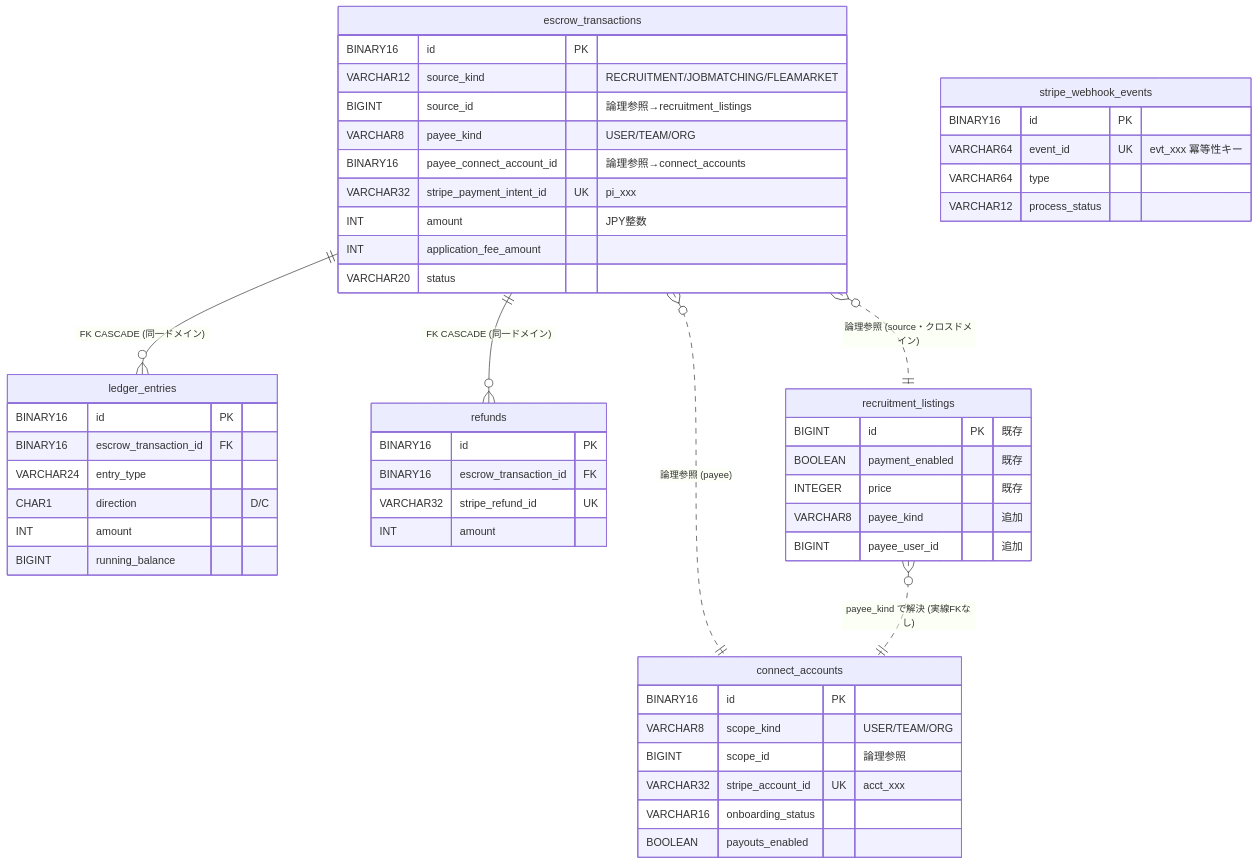
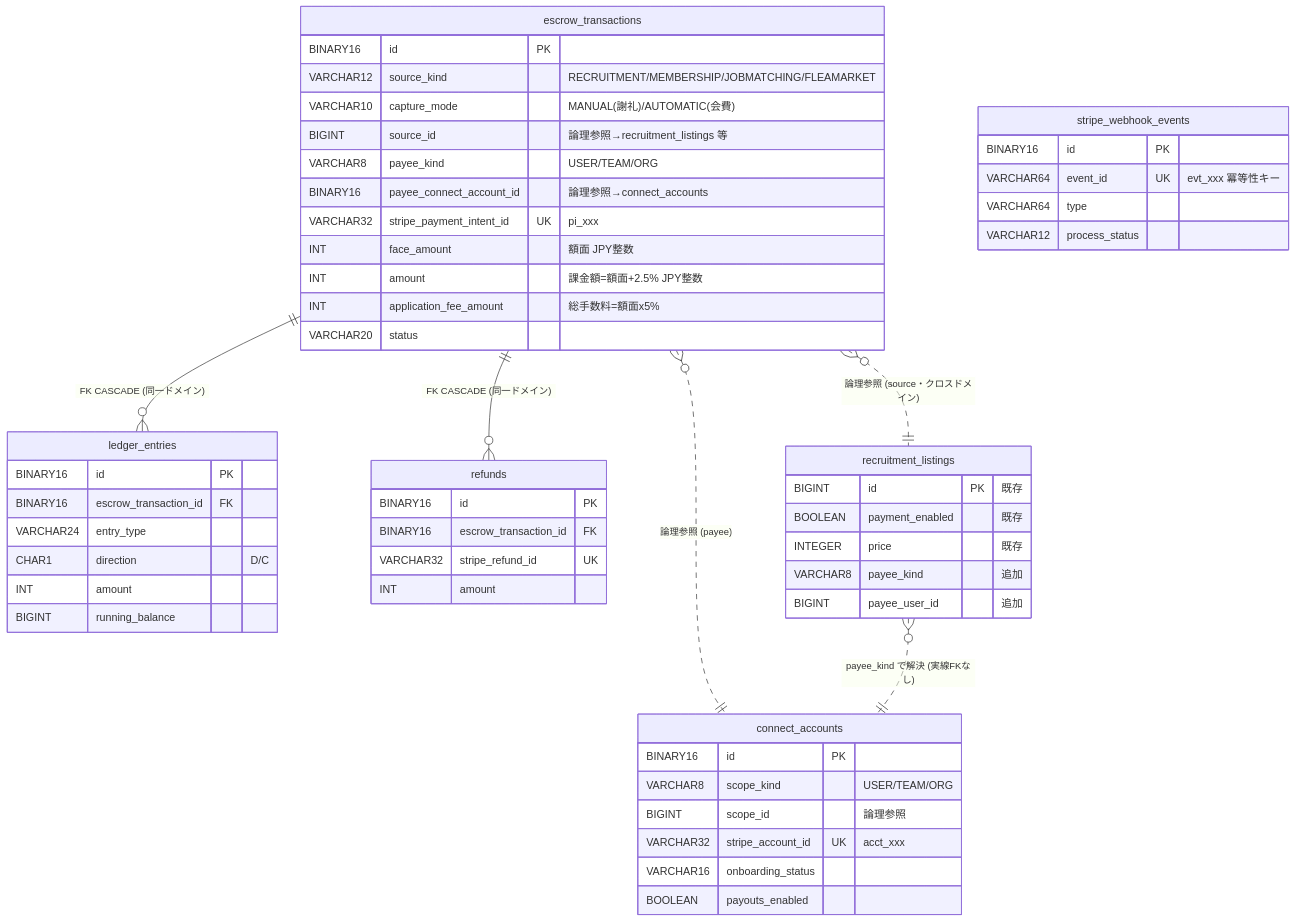
The diagram in docs/features/F22.1_market/payment/01_data_model.md (kenta-0420/mannschaft), drawn with Mermaid before and after one commit. The commit also changed other lines of this file and 5 other files, not shown here.

````diff
--- a/docs/features/F22.1_market/payment/01_data_model.md
+++ b/docs/features/F22.1_market/payment/01_data_model.md
@@ -287,55 +291,57 @@
 ```mermaid
 erDiagram
     connect_accounts {
         BINARY16 id PK
         VARCHAR8 scope_kind "USER/TEAM/ORG"
         BIGINT scope_id "論理参照"
         VARCHAR32 stripe_account_id UK "acct_xxx"
         VARCHAR16 onboarding_status
         BOOLEAN payouts_enabled
     }
     escrow_transactions {
         BINARY16 id PK
-        VARCHAR12 source_kind "RECRUITMENT/JOBMATCHING/FLEAMARKET"
-        BIGINT source_id "論理参照→recruitment_listings"
+        VARCHAR12 source_kind "RECRUITMENT/MEMBERSHIP/JOBMATCHING/FLEAMARKET"
+        VARCHAR10 capture_mode "MANUAL(謝礼)/AUTOMATIC(会費)"
+        BIGINT source_id "論理参照→recruitment_listings 等"
         VARCHAR8 payee_kind "USER/TEAM/ORG"
         BINARY16 payee_connect_account_id "論理参照→connect_accounts"
         VARCHAR32 stripe_payment_intent_id UK "pi_xxx"
-        INT amount "JPY整数"
-        INT application_fee_amount
+        INT face_amount "額面 JPY整数"
+        INT amount "課金額=額面+2.5% JPY整数"
+        INT application_fee_amount "総手数料=額面x5%"
         VARCHAR20 status
     }
     ledger_entries {
         BINARY16 id PK
         BINARY16 escrow_transaction_id FK
         VARCHAR24 entry_type
         CHAR1 direction "D/C"
         INT amount
         BIGINT running_balance
     }
     refunds {
         BINARY16 id PK
         BINARY16 escrow_transaction_id FK
         VARCHAR32 stripe_refund_id UK
         INT amount
     }
     stripe_webhook_events {
         BINARY16 id PK
         VARCHAR64 event_id UK "evt_xxx 冪等性キー"
         VARCHAR64 type
         VARCHAR12 process_status
     }
     recruitment_listings {
         BIGINT id PK "既存"
         BOOLEAN payment_enabled "既存"
         INTEGER price "既存"
         VARCHAR8 payee_kind "追加"
         BIGINT payee_user_id "追加"
     }
 
     escrow_transactions ||--o{ ledger_entries : "FK CASCADE (同一ドメイン)"
     escrow_transactions ||--o{ refunds : "FK CASCADE (同一ドメイン)"
     escrow_transactions }o..|| connect_accounts : "論理参照 (payee)"
     escrow_transactions }o..|| recruitment_listings : "論理参照 (source・クロスドメイン)"
     recruitment_listings }o..|| connect_accounts : "payee_kind で解決 (実線FKなし)"
 ```
````
